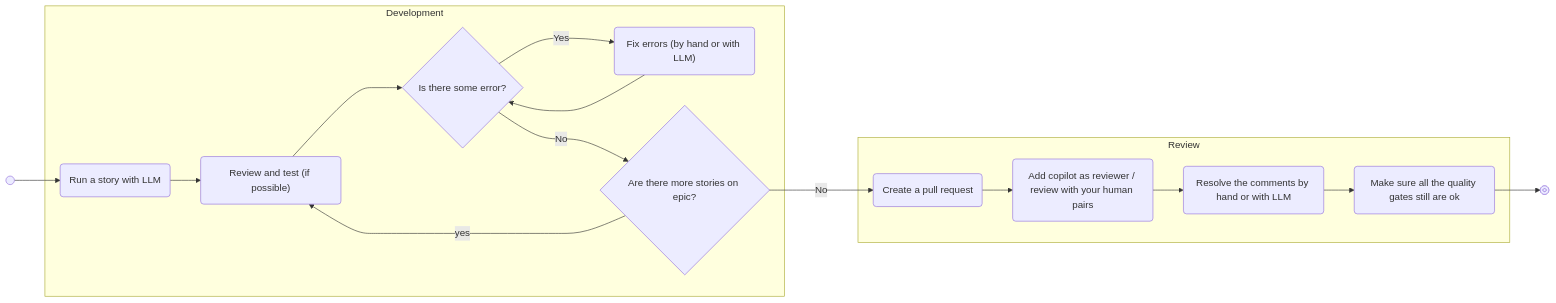
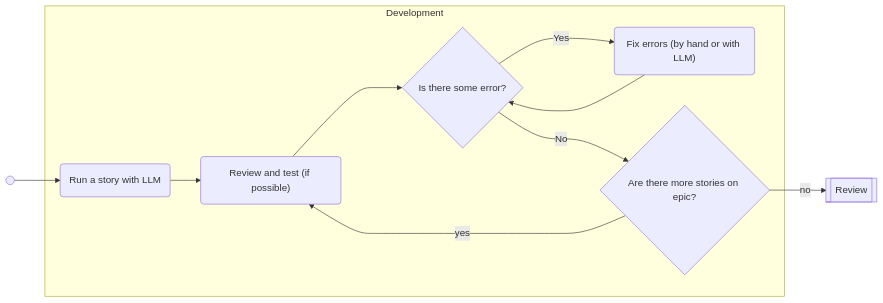
The third of 4 diagrams in README.md (VictorHugoBatista/light-sdd-workflow), drawn with Mermaid before and after one commit. The commit also changed other lines of this file, not shown here.

````diff
--- a/README.md
+++ b/README.md
@@ -42,29 +75,22 @@
 ```mermaid
 flowchart LR
     1@{ shape: sm-circ, label: "Small start" }
-    2@{ shape: framed-circle, label: "Stop" }
+    2@{ shape: subproc, label: "Review" }
     a("Run a story with LLM")
     b("Review and test (if possible)")
     c{"Is there some error?"}
     d("Fix errors (by hand or with LLM)")
     e{"Are there more stories on epic?"}
-    f("Create a pull request")
-    g("Add copilot as reviewer / review with your human pairs")
-    h("Resolve the comments by hand or with LLM")
-    i("Make sure all the quality gates still are ok")
 
     1 --> a
     subgraph Development
         a --> b
         b ---> c
         c --->|"Yes"| d
         d --> c
         c --->|"No"| e
         e --->|"yes"| b
     end
-        e --->|"No"| f
-    subgraph Review
-        f --> g --> h --> i
-    end
-    i --> 2
+
+    e -->|"no"| 2
 ```
````
